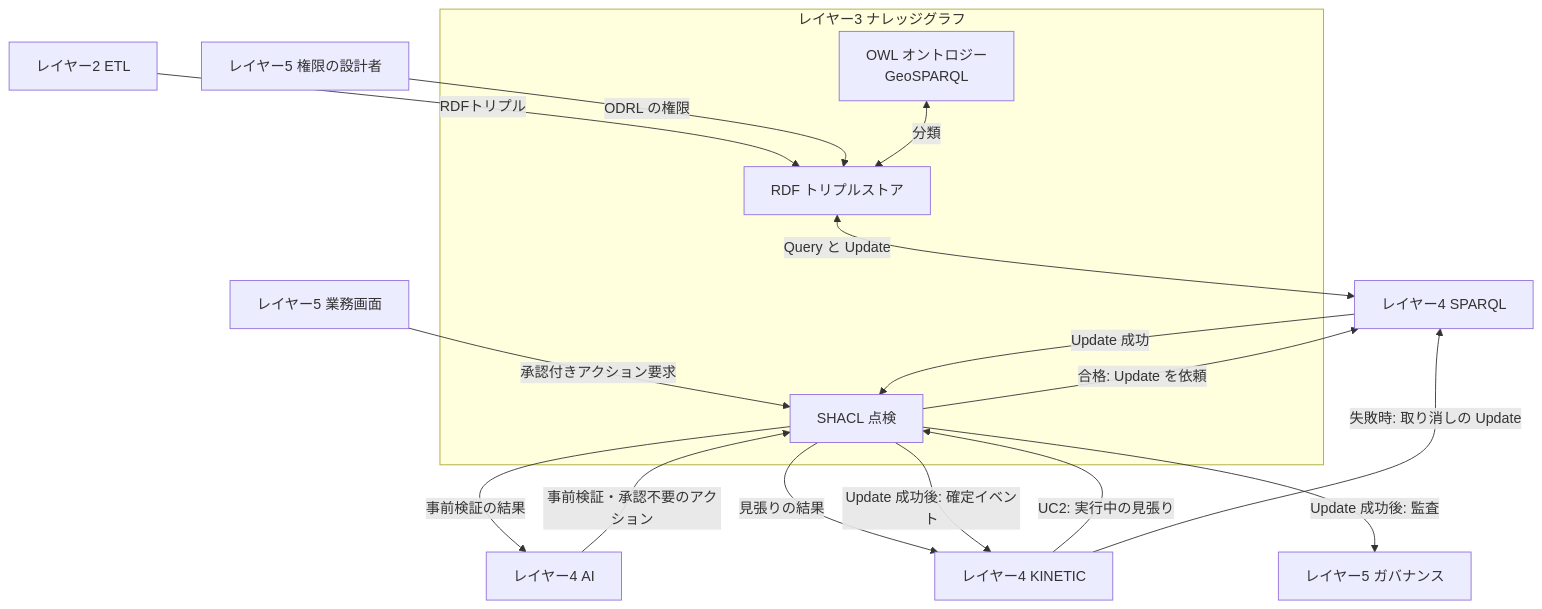
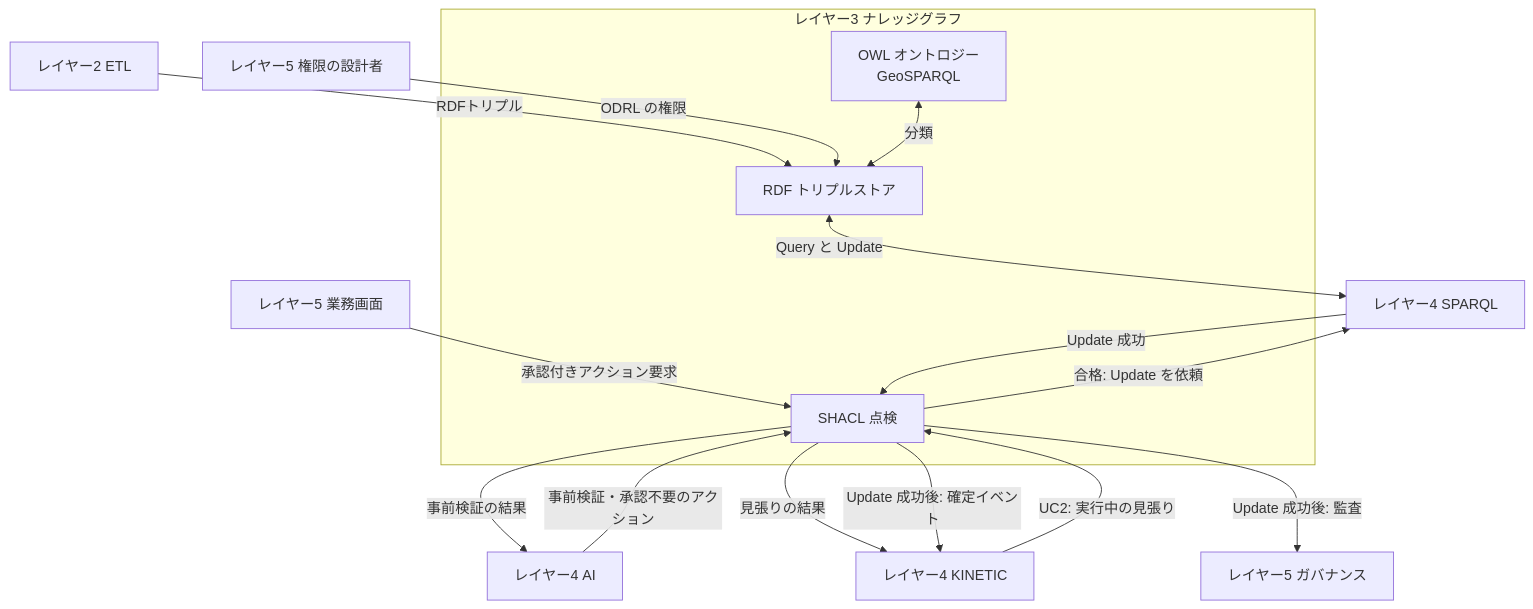
The second of 2 diagrams in docs/layer-3.md (nit-kl/Ontology_Study), drawn with Mermaid before and after one commit. The commit also changed other lines of this file and 11 other files, not shown here.

````diff
--- a/docs/layer-3.md
+++ b/docs/layer-3.md
@@ -378,29 +397,28 @@
 ```mermaid
 flowchart TB
     ETL["レイヤー2 ETL"]
     AI["レイヤー4 AI"]
     UI["レイヤー5 業務画面"]
     PERM["レイヤー5 権限の設計者"]
     SP["レイヤー4 SPARQL"]
     KIN["レイヤー4 KINETIC"]
     GOV["レイヤー5 ガバナンス"]
     subgraph L3["レイヤー3 ナレッジグラフ"]
         OWL["OWL オントロジー<br/>GeoSPARQL"]
         RDF["RDF トリプルストア"]
         SHACL["SHACL 点検"]
     end
     ETL -->|"RDFトリプル"| RDF
     PERM -->|"ODRL の権限"| RDF
     OWL <-->|"分類"| RDF
     RDF <-->|"Query と Update"| SP
     AI -->|"事前検証・承認不要のアクション"| SHACL
     SHACL -->|"事前検証の結果"| AI
     UI -->|"承認付きアクション要求"| SHACL
     KIN -->|"UC2: 実行中の見張り"| SHACL
     SHACL -->|"見張りの結果"| KIN
     SHACL -->|"合格: Update を依頼"| SP
     SP -->|"Update 成功"| SHACL
     SHACL -->|"Update 成功後: 監査"| GOV
     SHACL -->|"Update 成功後: 確定イベント"| KIN
-    KIN -->|"失敗時: 取り消しの Update"| SP
 ```
````
